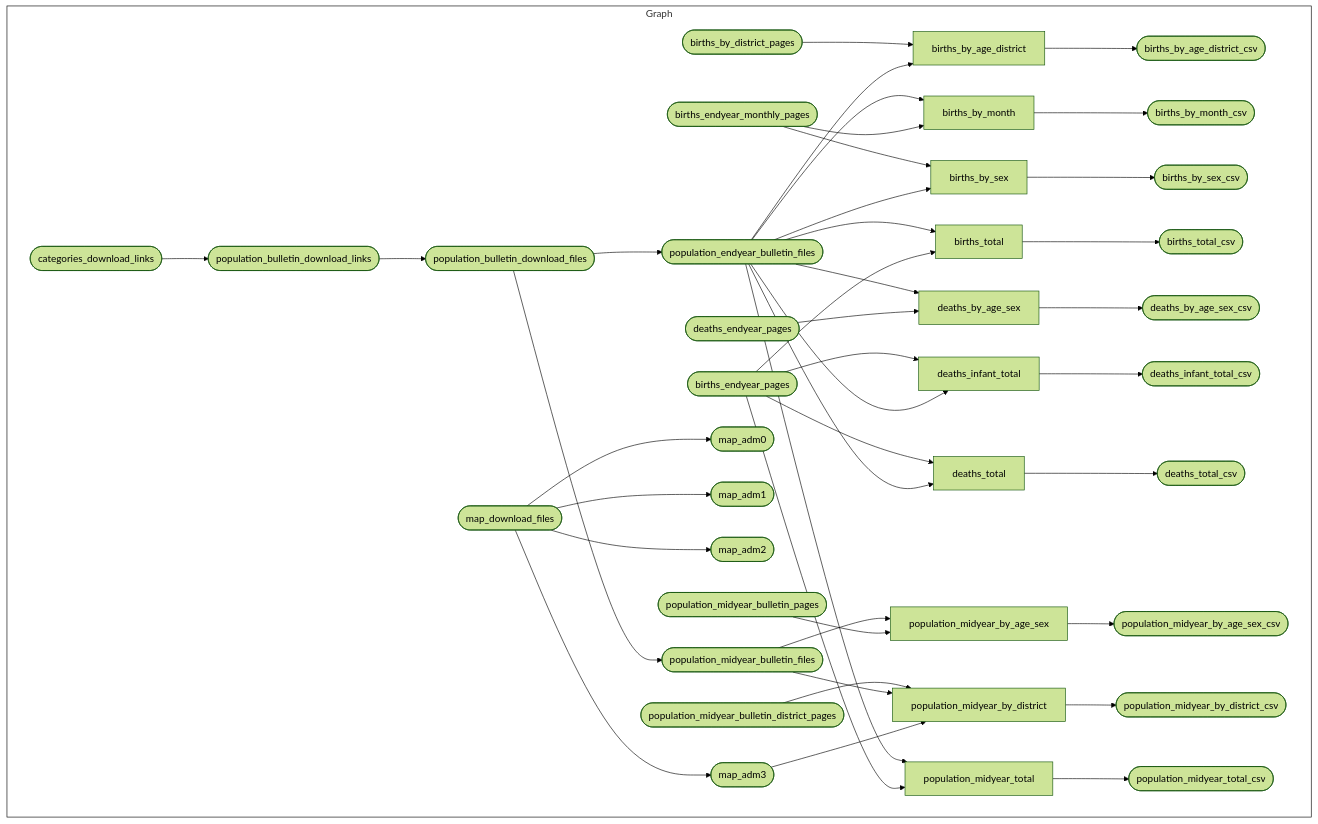
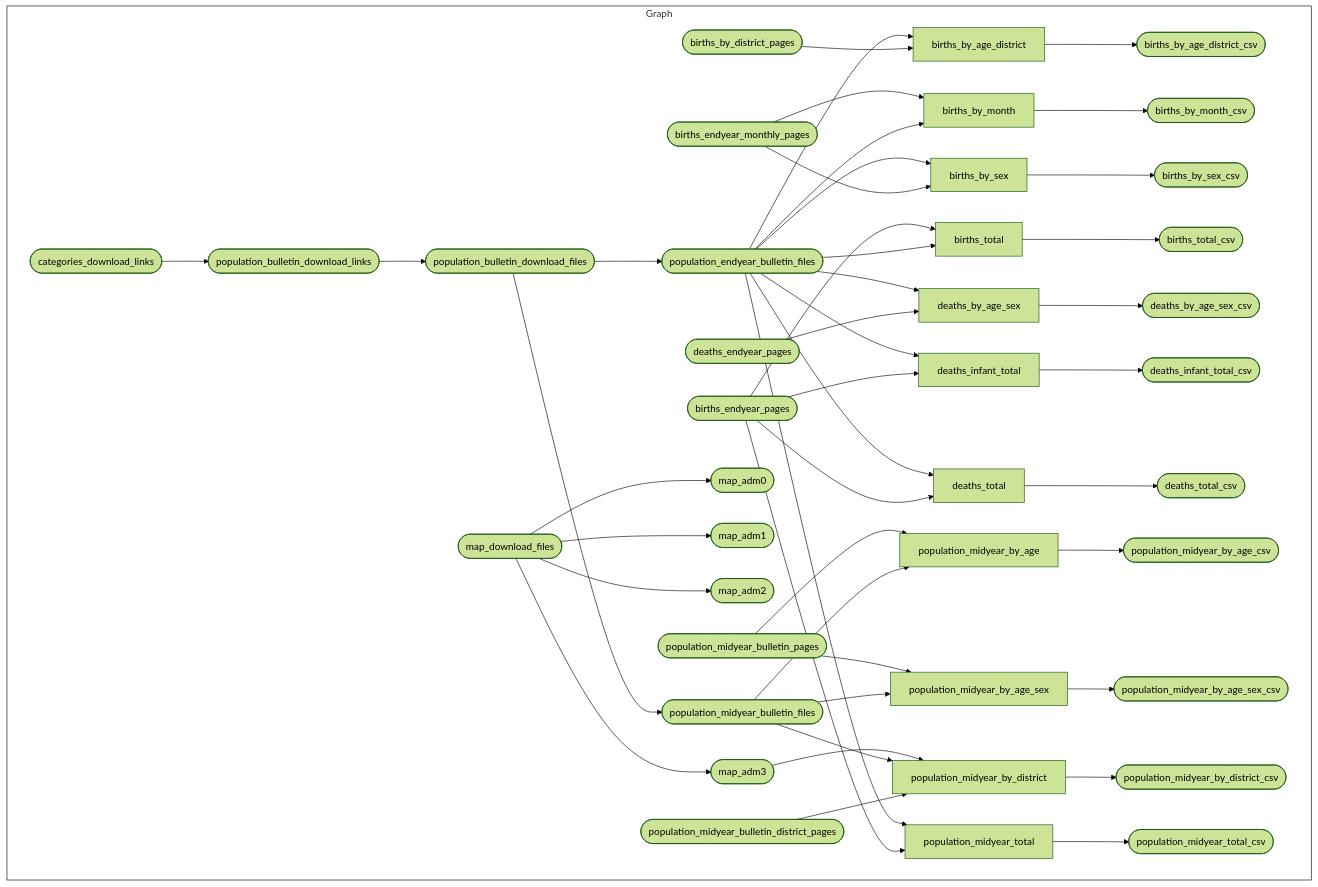
Before and after one commit to OxfordIHTM/seychelles-statistics: the diagram in README.md, drawn with Mermaid (forest theme). The commit also changed 5 other files, not shown here.

Commit message:
remove both classification in age by sex tables; make age factor; fix #59; fix #60

````diff
--- a/README.md
+++ b/README.md
@@ -205,47 +205,50 @@
 ``` mermaid
 graph LR
   style Graph fill:#FFFFFF00,stroke:#000000;
   subgraph Graph
     direction LR
     x39c53f3806f354bf(["births_by_district_pages"]):::skipped --> x4094d4f6d0f8f35a["births_by_age_district"]:::skipped
     xeea0ec396e5de5da(["population_endyear_bulletin_files"]):::skipped --> x4094d4f6d0f8f35a["births_by_age_district"]:::skipped
     x4094d4f6d0f8f35a["births_by_age_district"]:::skipped --> x11faadcda3280dc2(["births_by_age_district_csv"]):::skipped
     xeea0ec396e5de5da(["population_endyear_bulletin_files"]):::skipped --> x2c584c9caafc1be8["births_by_month"]:::skipped
     x5c7646da106bc2f6(["births_endyear_monthly_pages"]):::skipped --> x2c584c9caafc1be8["births_by_month"]:::skipped
     x2c584c9caafc1be8["births_by_month"]:::skipped --> xa87bb9563f27e00c(["births_by_month_csv"]):::skipped
     x5c7646da106bc2f6(["births_endyear_monthly_pages"]):::skipped --> x1e485a7f2384826f["births_by_sex"]:::skipped
     xeea0ec396e5de5da(["population_endyear_bulletin_files"]):::skipped --> x1e485a7f2384826f["births_by_sex"]:::skipped
     x1e485a7f2384826f["births_by_sex"]:::skipped --> xa6b75ce42a7aa79e(["births_by_sex_csv"]):::skipped
     xeea0ec396e5de5da(["population_endyear_bulletin_files"]):::skipped --> x2f4500c2756065a9["births_total"]:::skipped
     xe648a7801cd2da2c(["births_endyear_pages"]):::skipped --> x2f4500c2756065a9["births_total"]:::skipped
     x2f4500c2756065a9["births_total"]:::skipped --> xd95928afea598d8e(["births_total_csv"]):::skipped
-    xeea0ec396e5de5da(["population_endyear_bulletin_files"]):::skipped --> xae333981c466810a["deaths_by_age_sex"]:::completed
-    x344a2780ffaeb7bd(["deaths_endyear_pages"]):::skipped --> xae333981c466810a["deaths_by_age_sex"]:::completed
-    xae333981c466810a["deaths_by_age_sex"]:::completed --> xaf8165dda7ea936b(["deaths_by_age_sex_csv"]):::completed
+    x344a2780ffaeb7bd(["deaths_endyear_pages"]):::skipped --> xae333981c466810a["deaths_by_age_sex"]:::skipped
+    xeea0ec396e5de5da(["population_endyear_bulletin_files"]):::skipped --> xae333981c466810a["deaths_by_age_sex"]:::skipped
+    xae333981c466810a["deaths_by_age_sex"]:::skipped --> xaf8165dda7ea936b(["deaths_by_age_sex_csv"]):::skipped
     xe648a7801cd2da2c(["births_endyear_pages"]):::skipped --> x1d5c00f1e4e41ab7["deaths_infant_total"]:::skipped
     xeea0ec396e5de5da(["population_endyear_bulletin_files"]):::skipped --> x1d5c00f1e4e41ab7["deaths_infant_total"]:::skipped
     x1d5c00f1e4e41ab7["deaths_infant_total"]:::skipped --> x548dbfa0844427dc(["deaths_infant_total_csv"]):::skipped
     xe648a7801cd2da2c(["births_endyear_pages"]):::skipped --> xfd0ff0d9529d4bbd["deaths_total"]:::skipped
     xeea0ec396e5de5da(["population_endyear_bulletin_files"]):::skipped --> xfd0ff0d9529d4bbd["deaths_total"]:::skipped
     xfd0ff0d9529d4bbd["deaths_total"]:::skipped --> xe42488d3267f69ff(["deaths_total_csv"]):::skipped
     x8e509dc7997a12f8(["map_download_files"]):::skipped --> x4851b2941f7c62fc(["map_adm0"]):::skipped
     x8e509dc7997a12f8(["map_download_files"]):::skipped --> xccb26dd891c9a035(["map_adm1"]):::skipped
     x8e509dc7997a12f8(["map_download_files"]):::skipped --> x30d02f8bff8e7f8d(["map_adm2"]):::skipped
     x8e509dc7997a12f8(["map_download_files"]):::skipped --> x7b26bed1fc581742(["map_adm3"]):::skipped
     x90a781ac8daf46c6(["population_bulletin_download_links"]):::skipped --> x303dcb35f327bc97(["population_bulletin_download_files"]):::skipped
     xa7b0e3bf1c25b597(["categories_download_links"]):::skipped --> x90a781ac8daf46c6(["population_bulletin_download_links"]):::skipped
     x303dcb35f327bc97(["population_bulletin_download_files"]):::skipped --> xeea0ec396e5de5da(["population_endyear_bulletin_files"]):::skipped
     x303dcb35f327bc97(["population_bulletin_download_files"]):::skipped --> x52e965cb7c1cd1fc(["population_midyear_bulletin_files"]):::skipped
-    x52e965cb7c1cd1fc(["population_midyear_bulletin_files"]):::skipped --> x426614807f974316["population_midyear_by_age_sex"]:::skipped
-    xefa1a60843915f9f(["population_midyear_bulletin_pages"]):::skipped --> x426614807f974316["population_midyear_by_age_sex"]:::skipped
-    x426614807f974316["population_midyear_by_age_sex"]:::skipped --> xf3039e66b37a1219(["population_midyear_by_age_sex_csv"]):::skipped
+    x52e965cb7c1cd1fc(["population_midyear_bulletin_files"]):::skipped --> x946771421caaa150["population_midyear_by_age"]:::completed
+    xefa1a60843915f9f(["population_midyear_bulletin_pages"]):::skipped --> x946771421caaa150["population_midyear_by_age"]:::completed
+    x946771421caaa150["population_midyear_by_age"]:::completed --> xa1686cc888963231(["population_midyear_by_age_csv"]):::completed
+    x52e965cb7c1cd1fc(["population_midyear_bulletin_files"]):::skipped --> x426614807f974316["population_midyear_by_age_sex"]:::completed
+    xefa1a60843915f9f(["population_midyear_bulletin_pages"]):::skipped --> x426614807f974316["population_midyear_by_age_sex"]:::completed
+    x426614807f974316["population_midyear_by_age_sex"]:::completed --> xf3039e66b37a1219(["population_midyear_by_age_sex_csv"]):::skipped
     x9f6b6d2ed74a37b4(["population_midyear_bulletin_district_pages"]):::skipped --> xd0c8e8b884ab8581["population_midyear_by_district"]:::skipped
     x52e965cb7c1cd1fc(["population_midyear_bulletin_files"]):::skipped --> xd0c8e8b884ab8581["population_midyear_by_district"]:::skipped
     x7b26bed1fc581742(["map_adm3"]):::skipped --> xd0c8e8b884ab8581["population_midyear_by_district"]:::skipped
     xd0c8e8b884ab8581["population_midyear_by_district"]:::skipped --> xf94a6bce4cea6c14(["population_midyear_by_district_csv"]):::skipped
+    xe648a7801cd2da2c(["births_endyear_pages"]):::skipped --> x52d6a6119be69714["population_midyear_total"]:::skipped
     xeea0ec396e5de5da(["population_endyear_bulletin_files"]):::skipped --> x52d6a6119be69714["population_midyear_total"]:::skipped
-    xe648a7801cd2da2c(["births_endyear_pages"]):::skipped --> x52d6a6119be69714["population_midyear_total"]:::skipped
     x52d6a6119be69714["population_midyear_total"]:::skipped --> x37b834e41770c27f(["population_midyear_total_csv"]):::skipped
     
   end
 ```
````
